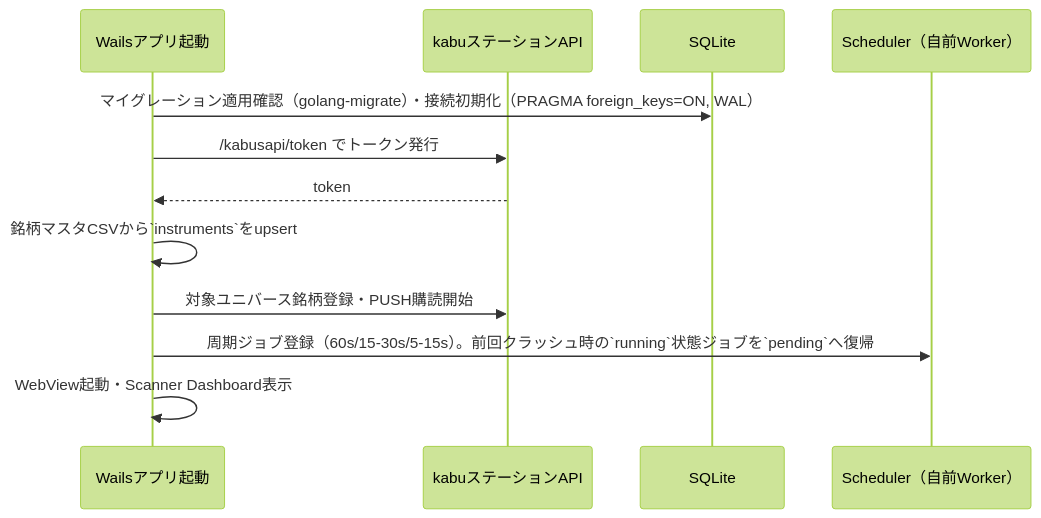
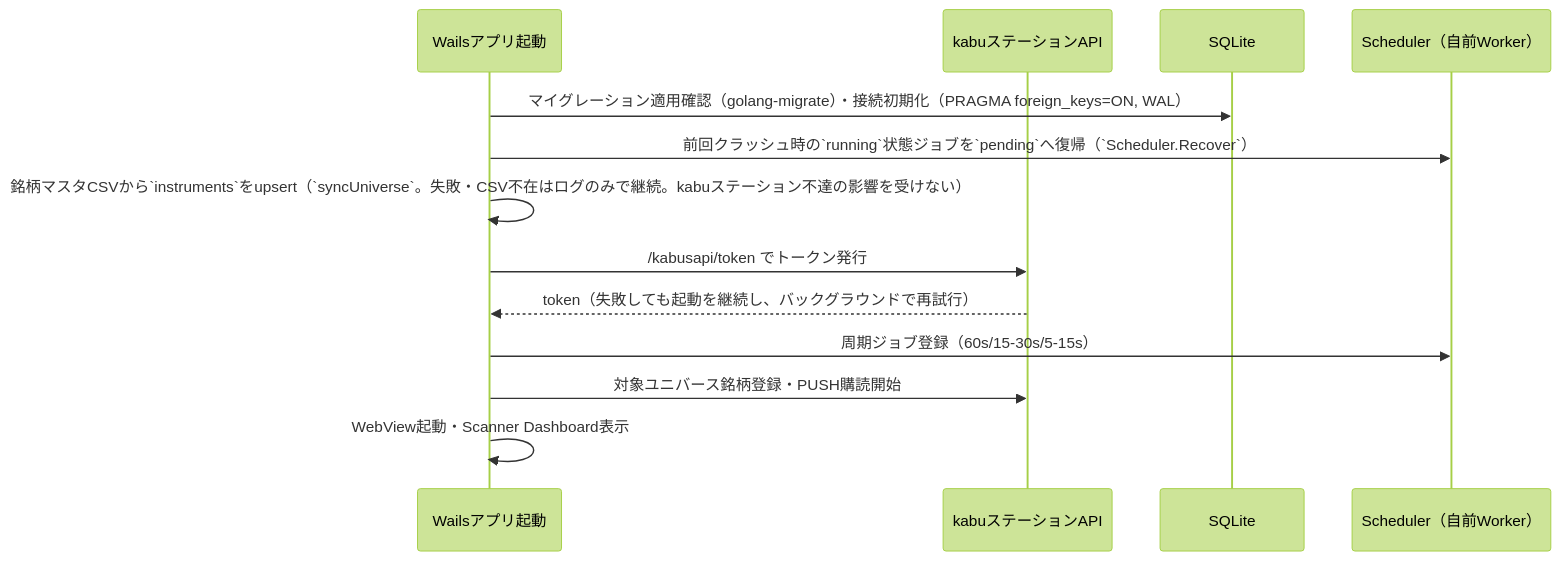
The first of 5 diagrams in docs/architecture/overview/flows.md (ousiassllc/pitha-trador), drawn with Mermaid (forest theme) before and after one commit. The commit also changed 8 other files, not shown here.

````diff
--- a/docs/architecture/overview/flows.md
+++ b/docs/architecture/overview/flows.md
@@ -9,15 +9,16 @@
 ```mermaid
 sequenceDiagram
     participant App as Wailsアプリ起動
     participant KABU as kabuステーションAPI
     participant DB as SQLite
     participant SCHED as Scheduler（自前Worker）
 
     App->>DB: マイグレーション適用確認（golang-migrate）・接続初期化（PRAGMA foreign_keys=ON, WAL）
+    App->>SCHED: 前回クラッシュ時の`running`状態ジョブを`pending`へ復帰（`Scheduler.Recover`）
+    App->>App: 銘柄マスタCSVから`instruments`をupsert（`syncUniverse`。失敗・CSV不在はログのみで継続。kabuステーション不達の影響を受けない）
     App->>KABU: /kabusapi/token でトークン発行
-    KABU-->>App: token
-    App->>App: 銘柄マスタCSVから`instruments`をupsert
+    KABU-->>App: token（失敗しても起動を継続し、バックグラウンドで再試行）
+    App->>SCHED: 周期ジョブ登録（60s/15-30s/5-15s）
     App->>KABU: 対象ユニバース銘柄登録・PUSH購読開始
-    App->>SCHED: 周期ジョブ登録（60s/15-30s/5-15s）。前回クラッシュ時の`running`状態ジョブを`pending`へ復帰
     App->>App: WebView起動・Scanner Dashboard表示
 ```
````
